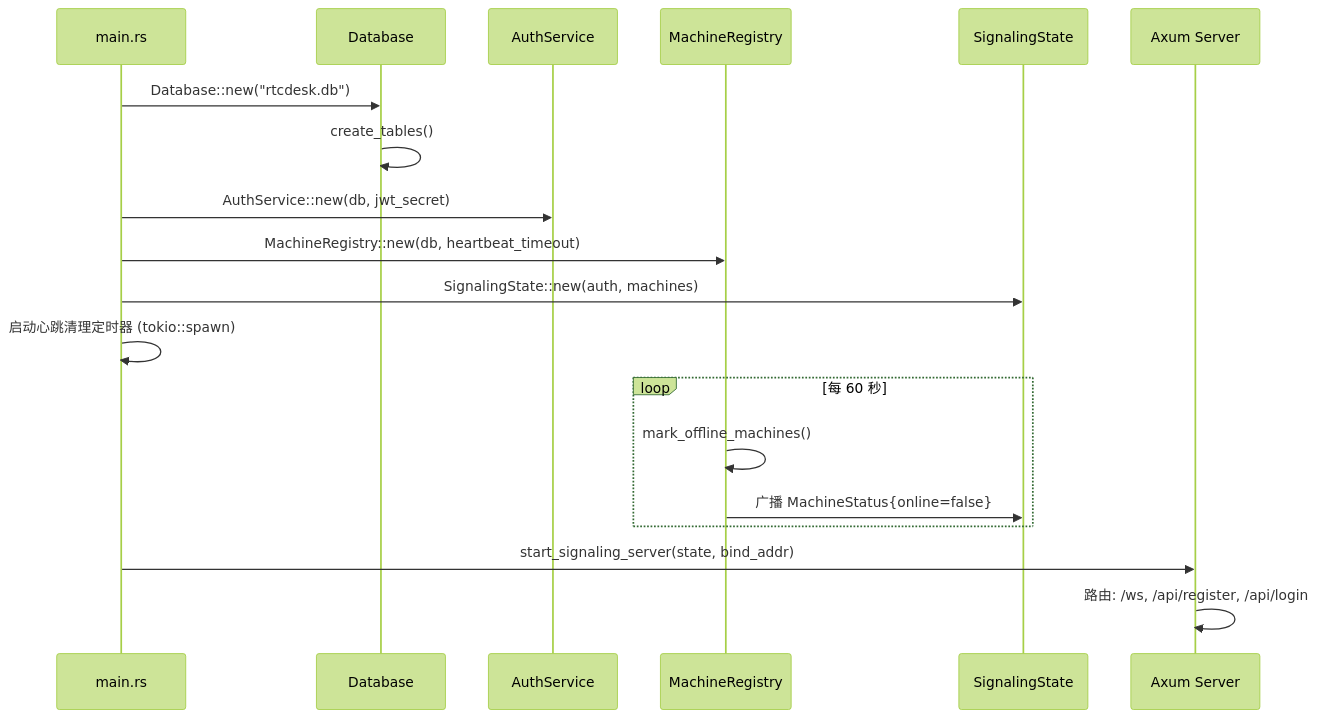
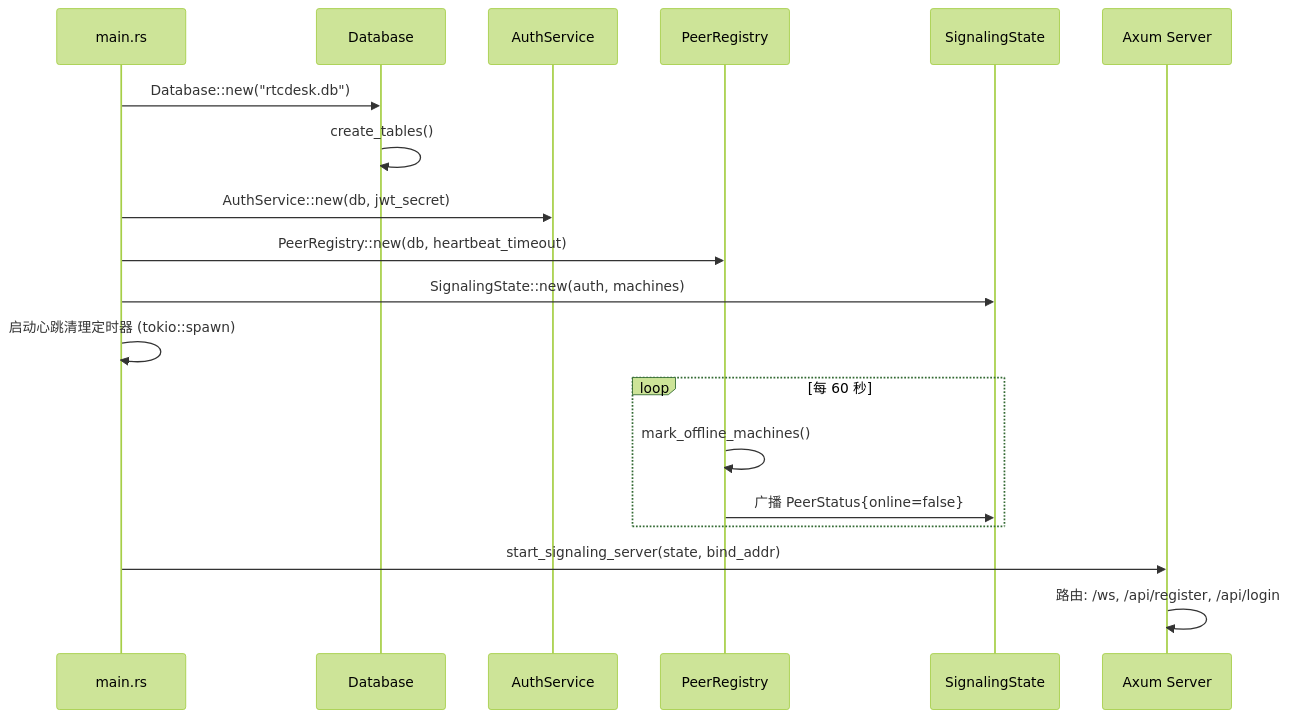
Before and after one commit to xfront/rtcdesk: the fourth of 5 diagrams in system_design.md, drawn with Mermaid (forest theme). The commit also changed other lines of this file and 54 other files, not shown here.

````diff
--- a/system_design.md
+++ b/system_design.md
@@ -482,22 +653,22 @@
 ```mermaid
 sequenceDiagram
     participant Main as main.rs
     participant DB as Database
     participant Auth as AuthService
-    participant Mach as MachineRegistry
+    participant Mach as PeerRegistry
     participant Sig as SignalingState
     participant Server as Axum Server
 
     Main->>DB: Database::new("rtcdesk.db")
     DB->>DB: create_tables()
     Main->>Auth: AuthService::new(db, jwt_secret)
-    Main->>Mach: MachineRegistry::new(db, heartbeat_timeout)
+    Main->>Mach: PeerRegistry::new(db, heartbeat_timeout)
     Main->>Sig: SignalingState::new(auth, machines)
     Main->>Main: 启动心跳清理定时器 (tokio::spawn)
     loop 每 60 秒
         Mach->>Mach: mark_offline_machines()
-        Mach->>Sig: 广播 MachineStatus{online=false}
+        Mach->>Sig: 广播 PeerStatus{online=false}
     end
     Main->>Server: start_signaling_server(state, bind_addr)
     Server->>Server: 路由: /ws, /api/register, /api/login
 ```
````
